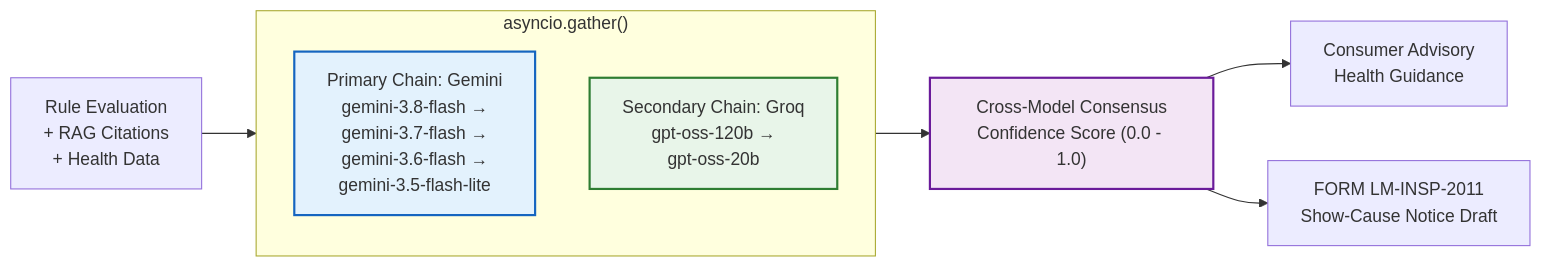
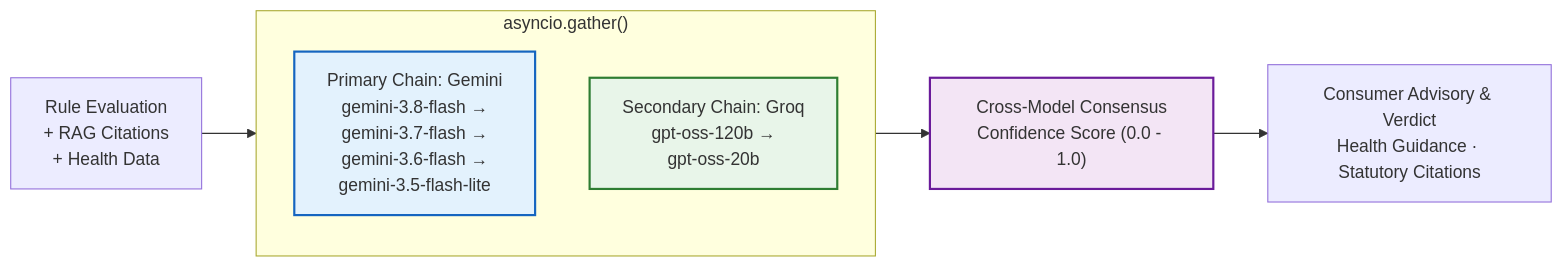
The fifth of 7 diagrams in README.md (z-lovejeet/PackDrishti), drawn with Mermaid before and after one commit. The commit also changed other lines of this file and 35 other files, not shown here.

````diff
--- a/README.md
+++ b/README.md
@@ -373,19 +362,18 @@
 ```mermaid
 graph LR
     INPUT["Rule Evaluation<br/>+ RAG Citations<br/>+ Health Data"] --> PARALLEL
 
     subgraph PARALLEL["asyncio.gather()"]
         direction TB
         GEMINI["Primary Chain: Gemini<br/>gemini-3.8-flash →<br/>gemini-3.7-flash →<br/>gemini-3.6-flash →<br/>gemini-3.5-flash-lite"]
         GROQ["Secondary Chain: Groq<br/>gpt-oss-120b →<br/>gpt-oss-20b"]
     end
 
     PARALLEL --> CONSENSUS["Cross-Model Consensus<br/>Confidence Score (0.0 - 1.0)"]
 
-    CONSENSUS --> CONSUMER_OUT["Consumer Advisory<br/>Health Guidance"]
-    CONSENSUS --> OFFICER_OUT["FORM LM-INSP-2011<br/>Show-Cause Notice Draft"]
+    CONSENSUS --> CONSUMER_OUT["Consumer Advisory & Verdict<br/>Health Guidance · Statutory Citations"]
 
     style GEMINI fill:#E3F2FD,stroke:#1565C0,stroke-width:2px
     style GROQ fill:#E8F5E9,stroke:#2E7D32,stroke-width:2px
     style CONSENSUS fill:#F3E5F5,stroke:#6A1B9A,stroke-width:2px
 ```
````
